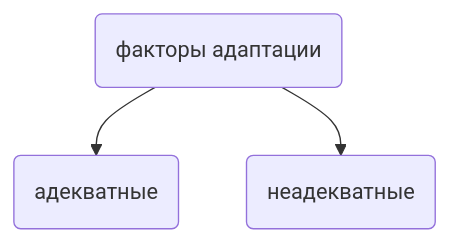
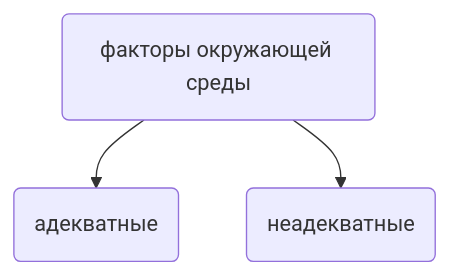
Before and after one commit to DivDisable/bakufu-front: the first of 3 diagrams in docs/fundamentals/adaptation.md, drawn with Mermaid. The commit also changed other lines of this file and 4 other files, not shown here.

````diff
--- a/docs/fundamentals/adaptation.md
+++ b/docs/fundamentals/adaptation.md
@@ -94,5 +91,5 @@
 ```mermaid
 graph TD;
-	A(факторы адаптации) --> B(адекватные)
+	A(факторы окружающей среды) --> B(адекватные)
 	A --> C(неадекватные)
 ```
````
